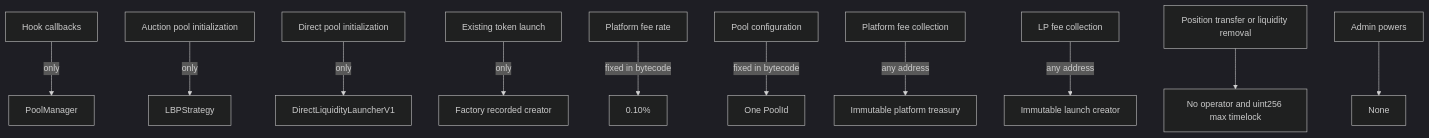
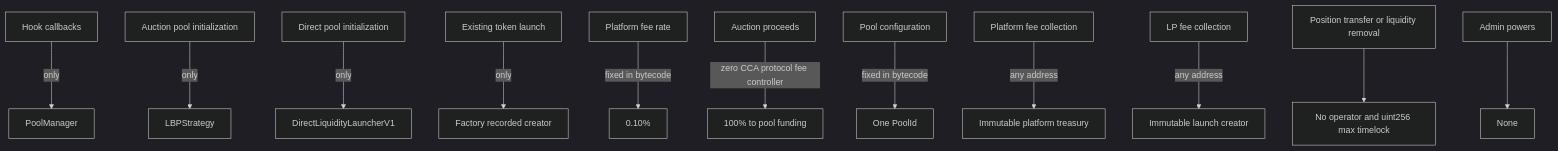
Before and after one commit to 0xprogrammable/PROGRAMMABLE: the second of 2 diagrams in contracts/security/diagrams/architecture.md, drawn with Mermaid (dark theme). The commit also changed other lines of this file and 26 other files, not shown here.

Commit message:
feat: add official v4 auction launch flow

````diff
--- a/contracts/security/diagrams/architecture.md
+++ b/contracts/security/diagrams/architecture.md
@@ -45,13 +47,14 @@
 ```mermaid
 flowchart TD
     PoolCallback[Hook callbacks] -->|only| PoolManager
     AuctionInitialization[Auction pool initialization] -->|only| LBPStrategy
     DirectInitialization[Direct pool initialization] -->|only| DirectLiquidityLauncherV1
     ExistingTokenLaunch[Existing token launch] -->|only| FactoryRecordedCreator[Factory recorded creator]
     FeeRate[Platform fee rate] -->|fixed in bytecode| TenBp[0.10%]
+    AuctionProceeds[Auction proceeds] -->|zero CCA protocol fee controller| PoolFunding[100% to pool funding]
     PoolConfig[Pool configuration] -->|fixed in bytecode| PoolId[One PoolId]
     PlatformCollection[Platform fee collection] -->|any address| Treasury[Immutable platform treasury]
     LPCollection[LP fee collection] -->|any address| Creator[Immutable launch creator]
     PositionControl[Position transfer or liquidity removal] --> Locked[No operator and uint256 max timelock]
     Admin[Admin powers] --> None[None]
 ```
````
